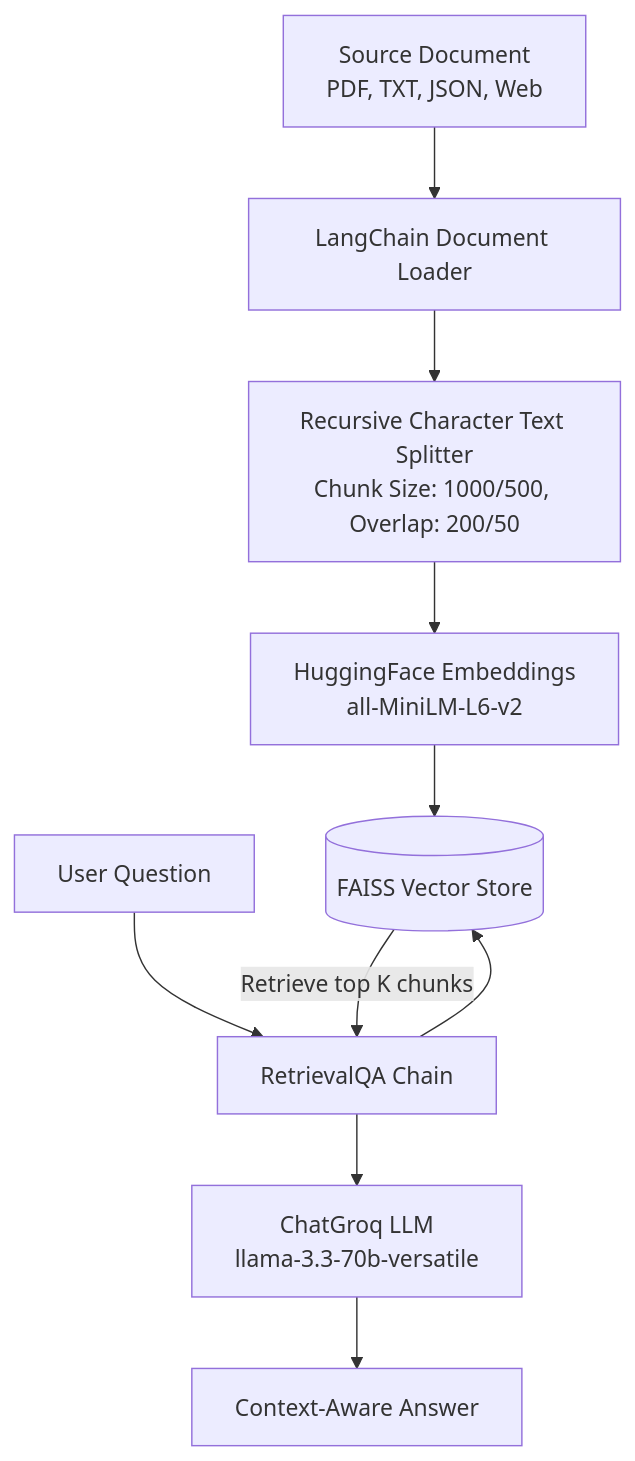
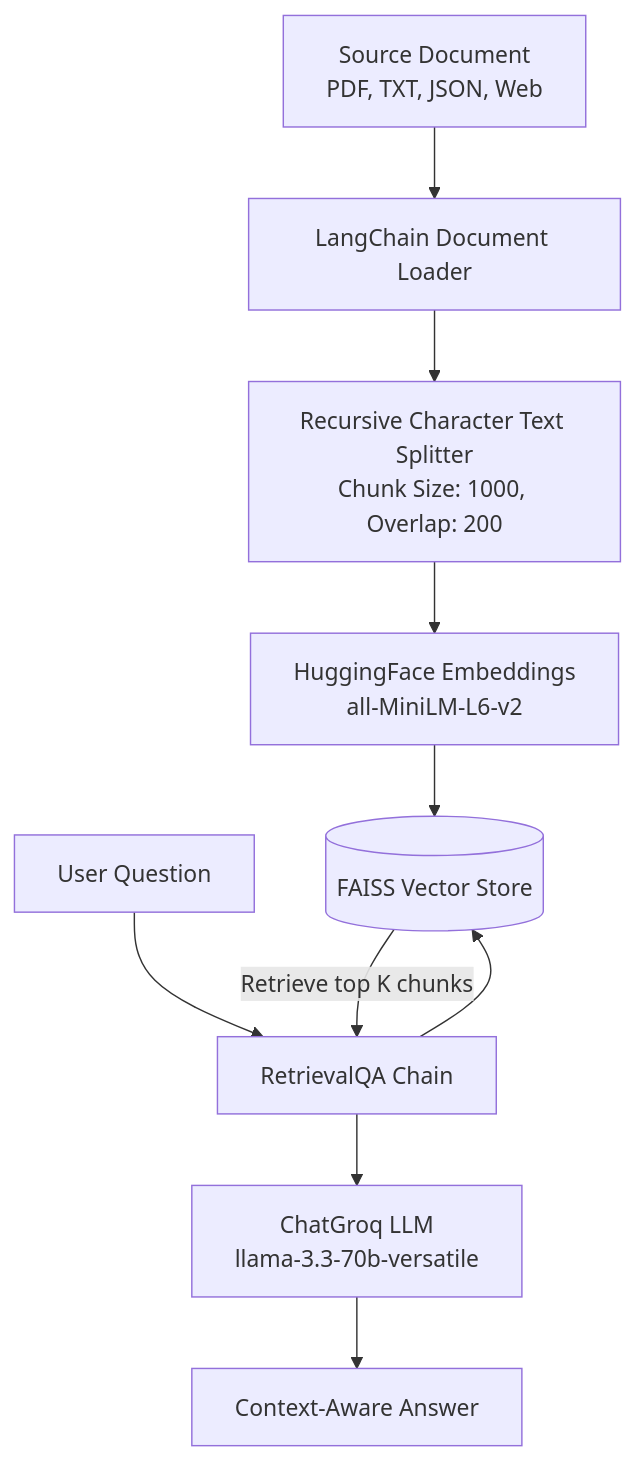
Before and after one commit to lakshyasaxena07/GenAI-Workshop-SISTec: the second of 3 diagrams in README.md, drawn with Mermaid. The commit also changed other lines of this file and 23 other files, not shown here.

Commit message:
docs: restructure folder to Day_2_&_3, add Day 3 files, update README with flowcharts

````diff
--- a/README.md
+++ b/README.md
@@ -85,13 +97,13 @@
 ```mermaid
 graph TD
     DocSource[Source Document<br>PDF, TXT, JSON, Web] --> Loader[LangChain Document Loader]
-    Loader --> Splitter[Recursive Character Text Splitter<br>Chunk Size: 1000/500, Overlap: 200/50]
+    Loader --> Splitter[Recursive Character Text Splitter<br>Chunk Size: 1000, Overlap: 200]
     Splitter --> Embedder[HuggingFace Embeddings<br>all-MiniLM-L6-v2]
     Embedder --> VectorDB[(FAISS Vector Store)]
     
     UserQuery[User Question] --> QAChain[RetrievalQA Chain]
     QAChain --> VectorDB
     VectorDB -- "Retrieve top K chunks" --> QAChain
     QAChain --> GroqLLM[ChatGroq LLM<br>llama-3.3-70b-versatile]
     GroqLLM --> FinalAnswer[Context-Aware Answer]
 ```
````
